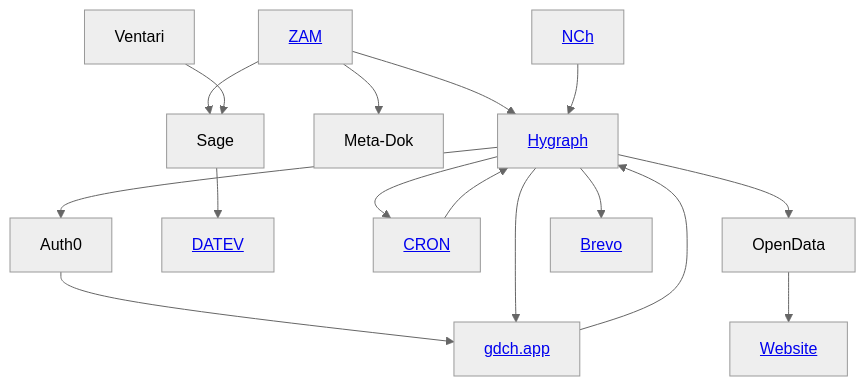
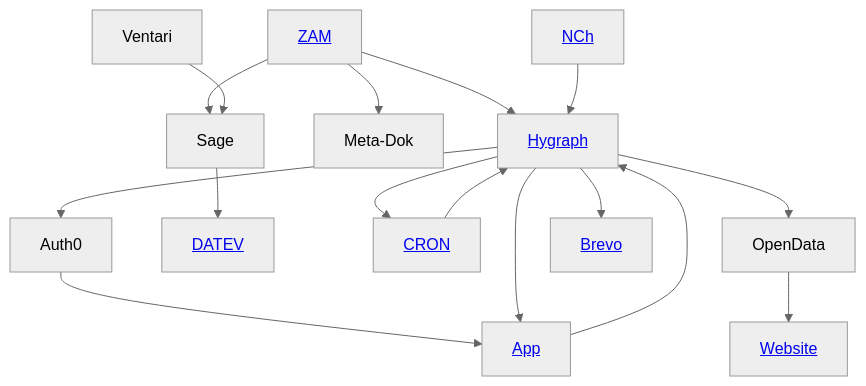
Before and after one commit to GDCh-de/docs: the diagram in infrastructure.md, drawn with Mermaid (neutral theme).

````diff
--- a/infrastructure.md
+++ b/infrastructure.md
@@ -3,11 +3,11 @@
 ```mermaid
 graph TD;
-  Hygraph[<a href='/GDCh-de/docs/blob/main/hygraph.md'>Hygraph</a>] --> Auth0 --> App[<a href='https://gdch.app'>gdch.app</a>] --> Hygraph --> App;
+  Hygraph[<a href='/GDCh-de/docs/blob/main/hygraph.md'>Hygraph</a>] --> Auth0 --> App[<a href='https://gdch.app'>App</a>] --> Hygraph --> App;
   ZAM[<a href='/GDCh-de/docs/blob/main/ZAM.md'>ZAM</a>] --> Meta-Dok;
   ZAM --> Sage --> DATEV[<a href='/GDCh-de/docs/blob/main/DATEV.md'>DATEV</a>];
   Ventari --> Sage;
   Hygraph --> Cron[<a href='/GDCh-de/docs/blob/main/CRON.md'>CRON</a>] --> Hygraph;
   ZAM --> Hygraph;
   Hygraph --> OpenData --> Website[<a href='https://www.gdch.de'>Website</a>];
   NCh[<a href='https://www.gdch.de/publikationen/nachrichten-aus-der-chemie.html'>NCh</a>] --> Hygraph --> Brevo[<a href='https://developers.brevo.com/docs/getting-started'>Brevo</a>]
 ```
````
